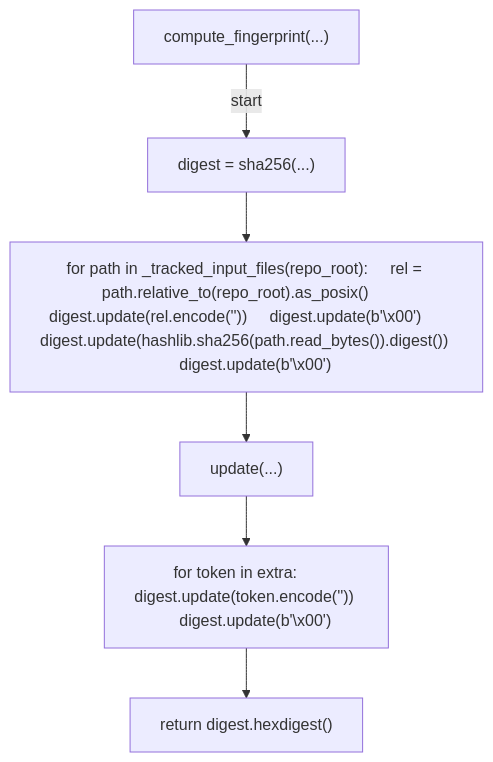
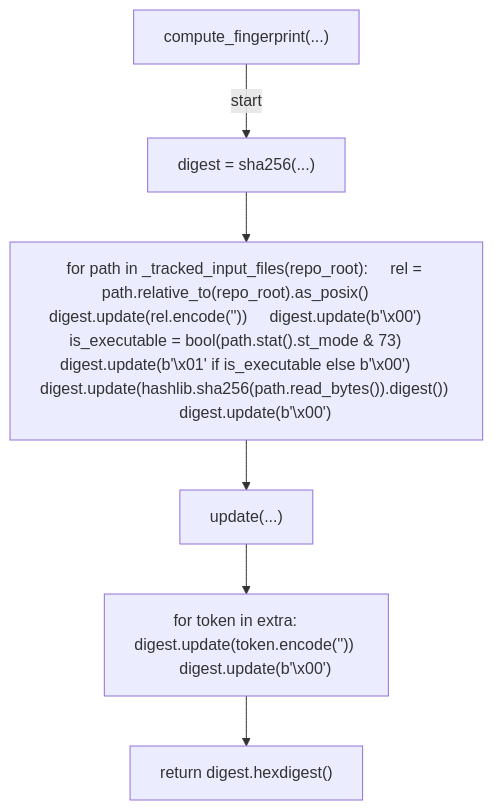
Before and after one commit to tvna/claude-md: the fourth of 10 diagrams in docs/generated/scripts/ast/preflight_cache.md, drawn with Mermaid. The commit also changed other lines of this file and 8 other files, not shown here.

First line of the commit message:
docs(generated): regenerate decision tree and workflow diagrams

````diff
--- a/docs/generated/scripts/ast/preflight_cache.md
+++ b/docs/generated/scripts/ast/preflight_cache.md
@@ -49,14 +51,14 @@
 ```mermaid
 flowchart TD
     N001["compute_fingerprint(...)"]
     N002["digest = sha256(...)"]
-    N003["for path in _tracked_input_files(repo_root):     rel = path.relative_to(repo_root).as_posix()     digest.update(rel.encode('<str>'))     digest.update(b'\x00')     digest.update(hashlib.sha256(path.read_bytes()).digest())     digest.update(b'\x00')"]
+    N003["for path in _tracked_input_files(repo_root):     rel = path.relative_to(repo_root).as_posix()     digest.update(rel.encode('<str>'))     digest.update(b'\x00')     is_executable = bool(path.stat().st_mode & 73)     digest.update(b'\x01' if is_executable else b'\x00')     digest.update(hashlib.sha256(path.read_bytes()).digest())     digest.update(b'\x00')"]
     N004["update(...)"]
     N005["for token in extra:     digest.update(token.encode('<str>'))     digest.update(b'\x00')"]
     N006["return digest.hexdigest()"]
     N001 -->|"start"| N002
     N002 --> N003
     N003 --> N004
     N004 --> N005
     N005 --> N006
 ```
````
